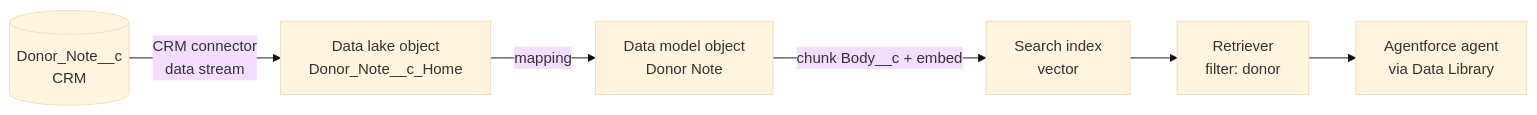
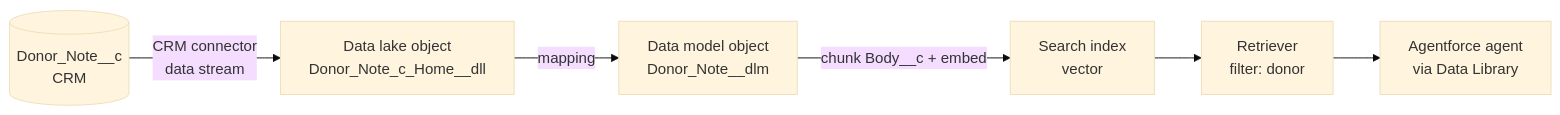
The diagram in docs/data-360-retriever-setup.md (salvatoreviticchie/fundraiser-briefing-agent), drawn with Mermaid (base theme) before and after one commit. The commit also changed other lines of this file and 11 other files, not shown here.

First line of the commit message:
Add donor notes action, harden agent chaining, script Data 360, finish docs

````diff
--- a/docs/data-360-retriever-setup.md
+++ b/docs/data-360-retriever-setup.md
@@ -9,8 +19,8 @@
 ```mermaid
 flowchart LR
-    N[(Donor_Note__c<br/>CRM)] -->|CRM connector<br/>data stream| DLO[Data lake object<br/>Donor_Note__c_Home]
-    DLO -->|mapping| DMO[Data model object<br/>Donor Note]
+    N[(Donor_Note__c<br/>CRM)] -->|CRM connector<br/>data stream| DLO[Data lake object<br/>Donor_Note_c_Home__dll]
+    DLO -->|mapping| DMO[Data model object<br/>Donor_Note__dlm]
     DMO -->|chunk Body__c + embed| IDX[Search index<br/>vector]
     IDX --> RET[Retriever<br/>filter: donor]
     RET --> AG[Agentforce agent<br/>via Data Library]
 ```
````
